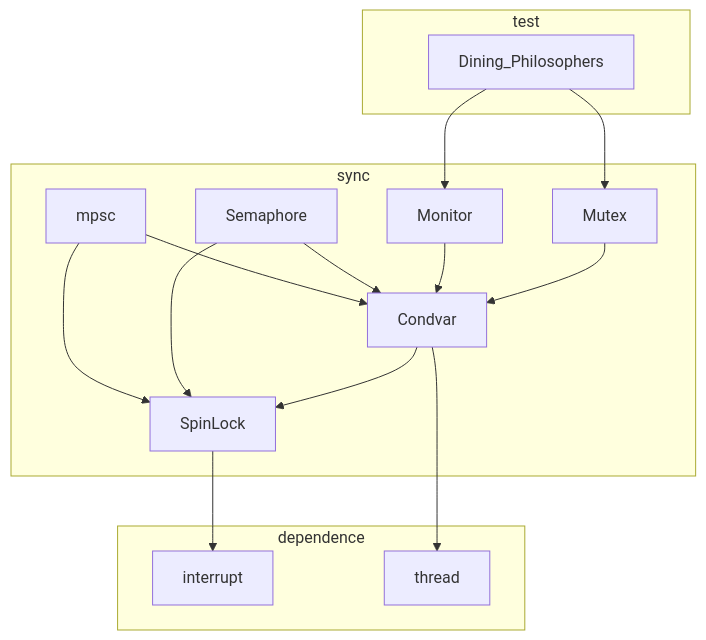
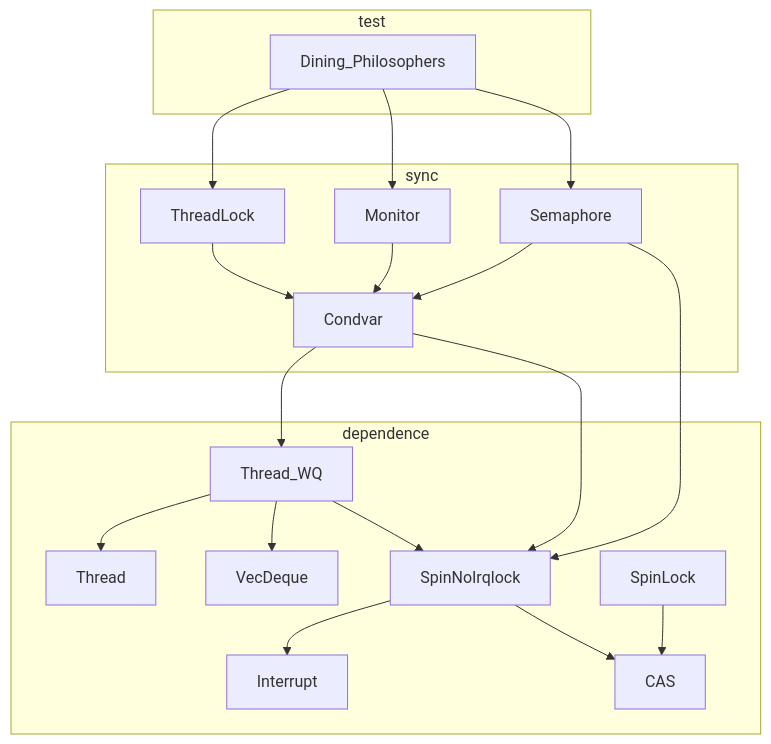
Before and after one commit to magicpan-risc-v/rcore_plus: the diagram in docs/lab7.md, drawn with Mermaid. The commit also changed other lines of this file and 1 other file, not shown here.

Commit message:
update lab7.md and semaphore.rs

````diff
--- a/docs/lab7.md
+++ b/docs/lab7.md
@@ -65,22 +65,28 @@
  ```mermaid
  graph TB
     subgraph dependence
-        interrupt
-        thread
+        Interrupt
+        CAS
+        Thread
+        VecDeque
+        Thread_WQ --> Thread
+        Thread_WQ --> SpinNoIrqlock
+        Thread_WQ --> VecDeque        
+        SpinNoIrqlock --> Interrupt
+        SpinNoIrqlock --> CAS
+        SpinLock --> CAS
     end
     subgraph sync
-        SpinLock --> interrupt
-        Condvar --> SpinLock
-     Condvar --> thread
-     Mutex --> Condvar
+        Condvar --> SpinNoIrqlock
+        Condvar --> Thread_WQ
+        ThreadLock --> Condvar
         Monitor --> Condvar
         Semaphore --> Condvar
-        Semaphore --> SpinLock
-        mpsc --> SpinLock
-     mpsc --> Condvar
+        Semaphore --> SpinNoIrqlock
     end
  subgraph test
-        Dining_Philosophers --> Mutex
+        Dining_Philosophers --> ThreadLock
         Dining_Philosophers --> Monitor
+        Dining_Philosophers --> Semaphore
     end
  ```
````
